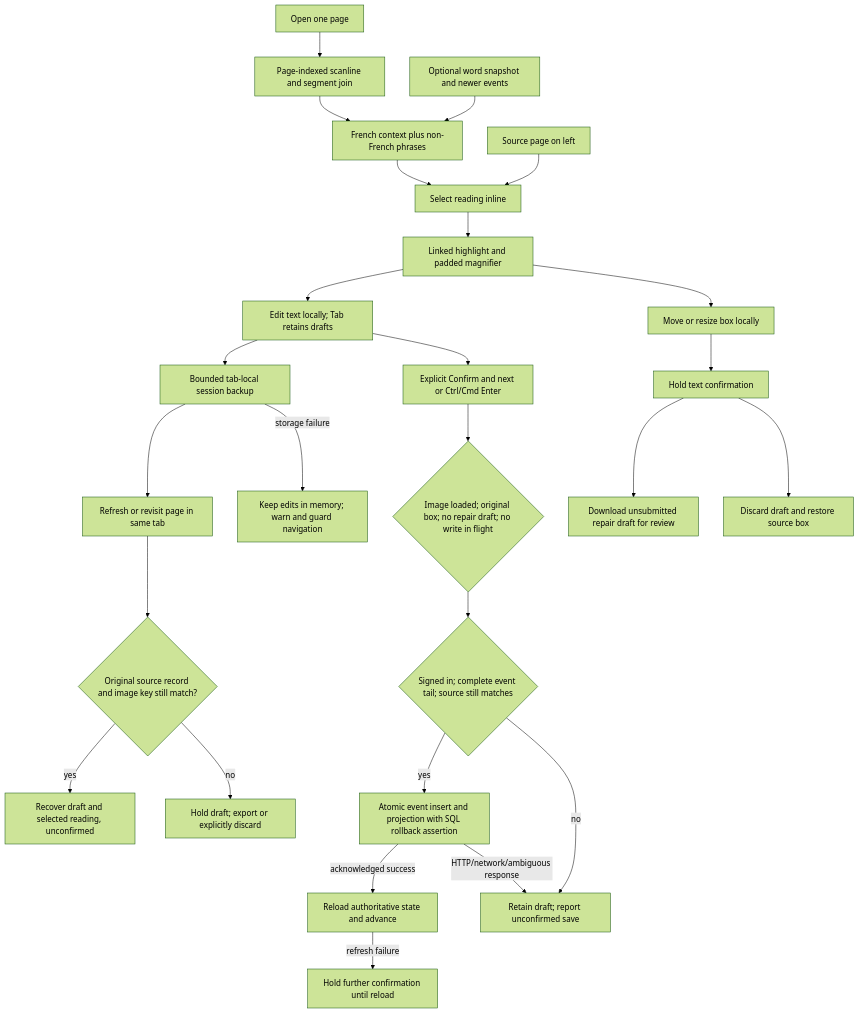
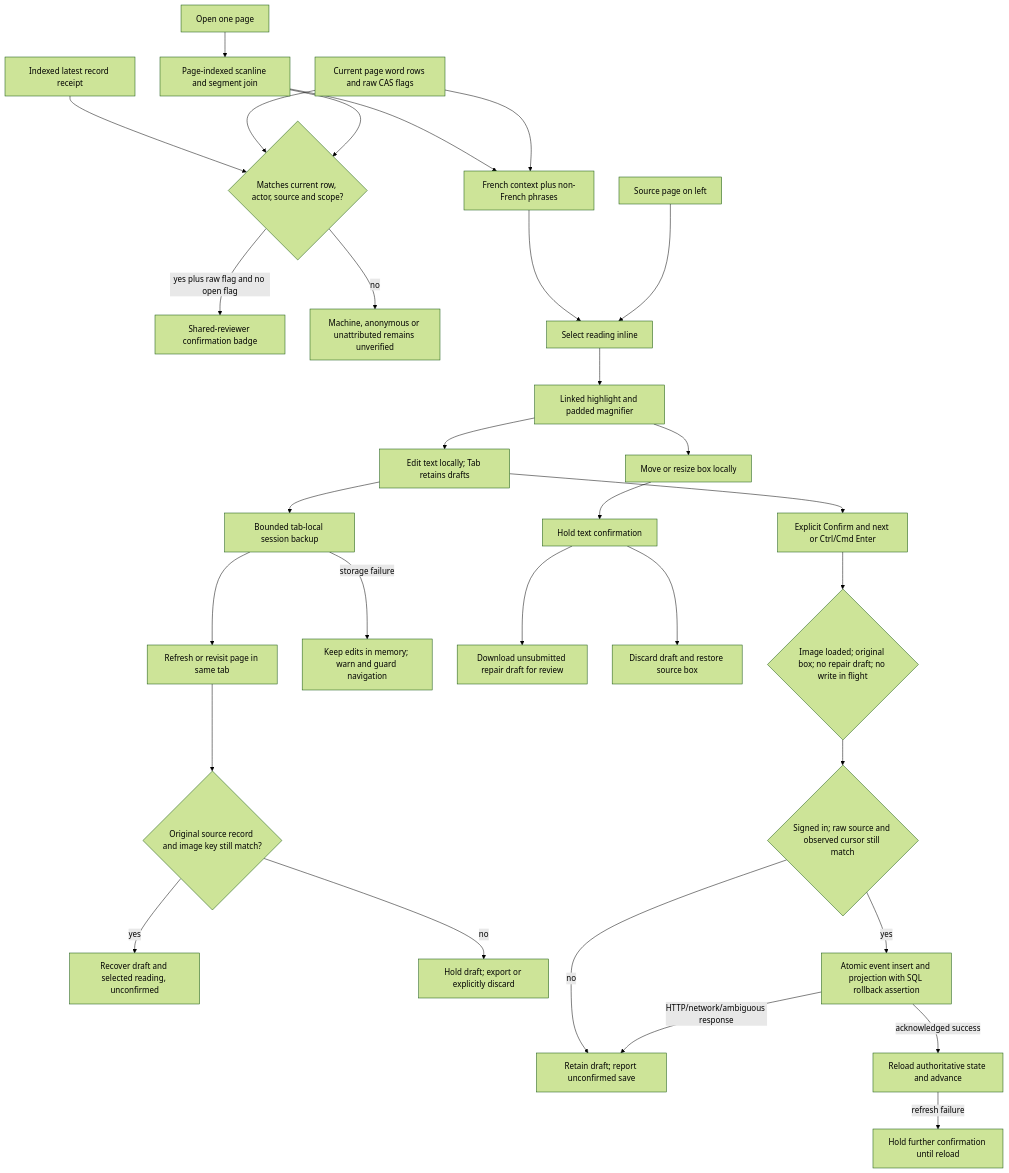
One commit to loveJesus/hottp-chirho changed the first of 2 diagrams in spec-chirho/workflows-chirho/page-reading-workflow-chirho.md. Above: the diagram before and after it, drawn with Mermaid (forest theme). The commit also changed other lines of this file and 15 other files, not shown here.

First line of the commit message:
Fix reader confirmation provenance and raw source preconditions

````diff
--- a/spec-chirho/workflows-chirho/page-reading-workflow-chirho.md
+++ b/spec-chirho/workflows-chirho/page-reading-workflow-chirho.md
@@ -7,28 +7,33 @@
 ```mermaid
 flowchart TD
   PageChirho[Open one page] --> JoinChirho[Page-indexed scanline and segment join]
   JoinChirho --> TextChirho[French context plus non-French phrases]
-  SnapshotChirho[Optional word snapshot and newer events] --> TextChirho
+  WordsChirho[Current page word rows and raw CAS flags] --> TextChirho
+  ReceiptChirho[Indexed latest record receipt] --> ProofChirho{Matches current row, actor, source and scope?}
+  WordsChirho --> ProofChirho
+  JoinChirho --> ProofChirho
+  ProofChirho -->|yes plus raw flag and no open flag| ColorChirho[Shared-reviewer confirmation badge]
+  ProofChirho -->|no| AttentionChirho[Machine, anonymous or unattributed remains unverified]
   TextChirho --> SelectChirho[Select reading inline]
   ScanChirho[Source page on left] --> SelectChirho
   SelectChirho --> CropChirho[Linked highlight and padded magnifier]
   CropChirho --> DraftChirho[Edit text locally; Tab retains drafts]
   DraftChirho --> BackupChirho[Bounded tab-local session backup]
   BackupChirho --> RevisitChirho[Refresh or revisit page in same tab]
   RevisitChirho --> CompareChirho{Original source record and image key still match?}
   CompareChirho -->|yes| ResumeChirho[Recover draft and selected reading, unconfirmed]
   CompareChirho -->|no| StaleChirho[Hold draft; export or explicitly discard]
   BackupChirho -->|storage failure| WarnChirho[Keep edits in memory; warn and guard navigation]
   CropChirho --> BoxChirho[Move or resize box locally]
   BoxChirho --> HoldChirho[Hold text confirmation]
   HoldChirho --> ExportChirho[Download unsubmitted repair draft for review]
   HoldChirho --> DiscardChirho[Discard draft and restore source box]
   DraftChirho --> ConfirmChirho[Explicit Confirm and next or Ctrl/Cmd Enter]
   ConfirmChirho --> GateChirho{Image loaded; original box; no repair draft; no write in flight}
-  GateChirho --> AuthChirho{Signed in; complete event tail; source still matches}
+  GateChirho --> AuthChirho{Signed in; raw source and observed cursor still match}
   AuthChirho -->|yes| BatchChirho[Atomic event insert and projection with SQL rollback assertion]
   AuthChirho -->|no| RetainChirho[Retain draft; report unconfirmed save]
   BatchChirho -->|acknowledged success| RefreshChirho[Reload authoritative state and advance]
   BatchChirho -->|HTTP/network/ambiguous response| RetainChirho
   RefreshChirho -->|refresh failure| RefreshHoldChirho[Hold further confirmation until reload]
 ```
````
